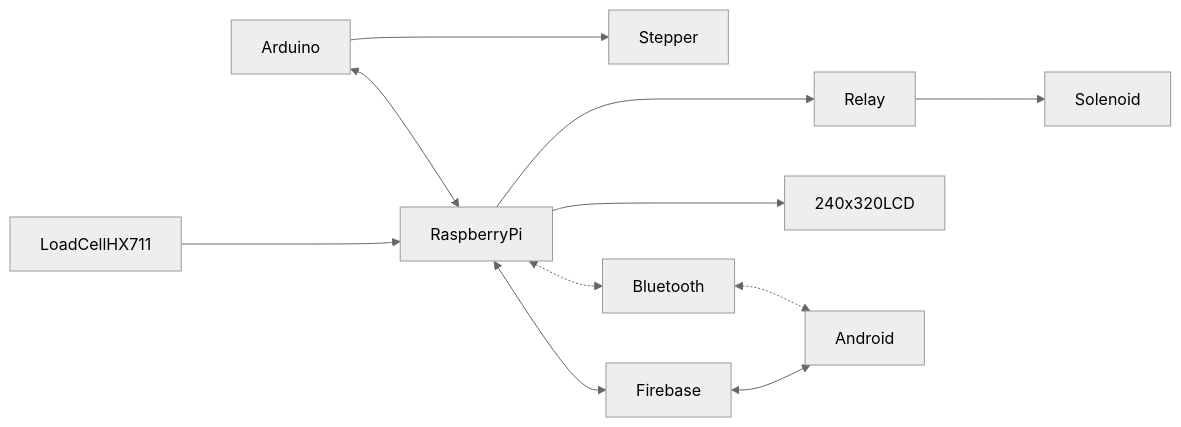
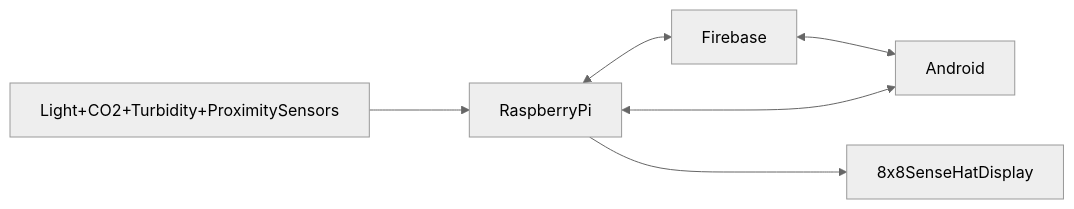
The diagram in system/wk01proposal.md (DhairyaPal6099/phytoplankton-air-systems), drawn with Mermaid (neutral theme) before and after one commit.

Commit message:
Update wk01proposal.md - System diagram

````diff
--- a/system/wk01proposal.md
+++ b/system/wk01proposal.md
@@ -111,4 +111,4 @@
 ```mermaid
 flowchart LR;RaspberryPi<-->Firebase;Firebase<-->Android;
-RaspberryPi<-.->Bluetooth;Bluetooth<-.->Android;Arduino<-->RaspberryPi;Arduino--->Stepper; LoadCellHX711--->RaspberryPi; RaspberryPi--->240x320LCD;RaspberryPi--->Relay;Relay--->Solenoid;
+RaspberryPi<-->Android; Light+CO2+Turbidity+ProximitySensors--->RaspberryPi; RaspberryPi--->8x8SenseHatDisplay;
 ```
````
